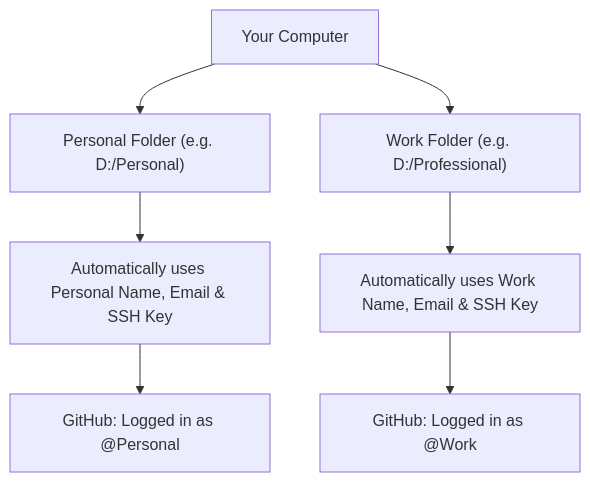
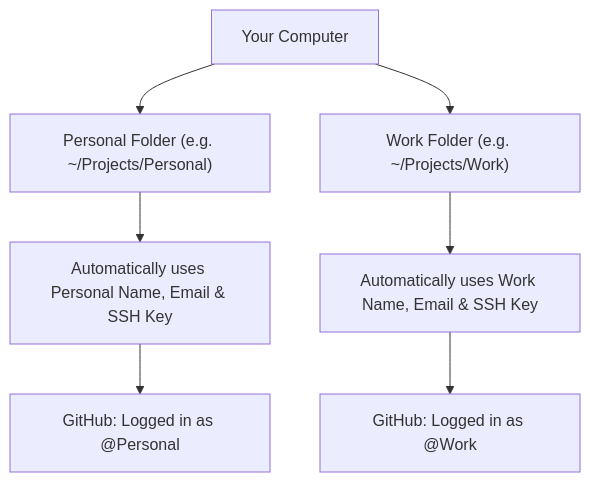
Before and after one commit to Optirius/github-account-manager: the diagram in README.md, drawn with Mermaid. The commit also changed other lines of this file and 13 other files, not shown here.

````diff
--- a/README.md
+++ b/README.md
@@ -23,11 +23,11 @@
 ```mermaid
 graph TD
-    A["Your Computer"] --> B["Personal Folder (e.g. D:/Personal)"]
-    A --> C["Work Folder (e.g. D:/Professional)"]
+    A["Your Computer"] --> B["Personal Folder (e.g. ~/Projects/Personal)"]
+    A --> C["Work Folder (e.g. ~/Projects/Work)"]
 
     B --> D["Automatically uses Personal Name, Email & SSH Key"]
     C --> E["Automatically uses Work Name, Email & SSH Key"]
 
     D --> F["GitHub: Logged in as @Personal"]
     E --> G["GitHub: Logged in as @Work"]
 ```
````
